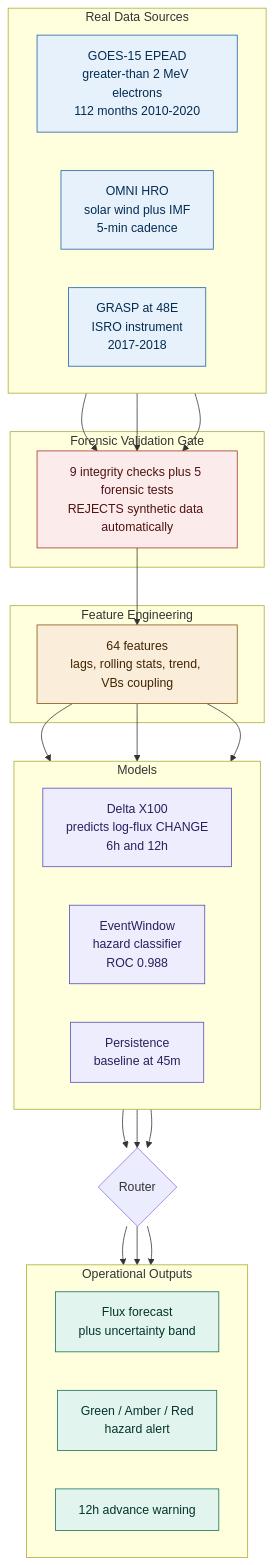
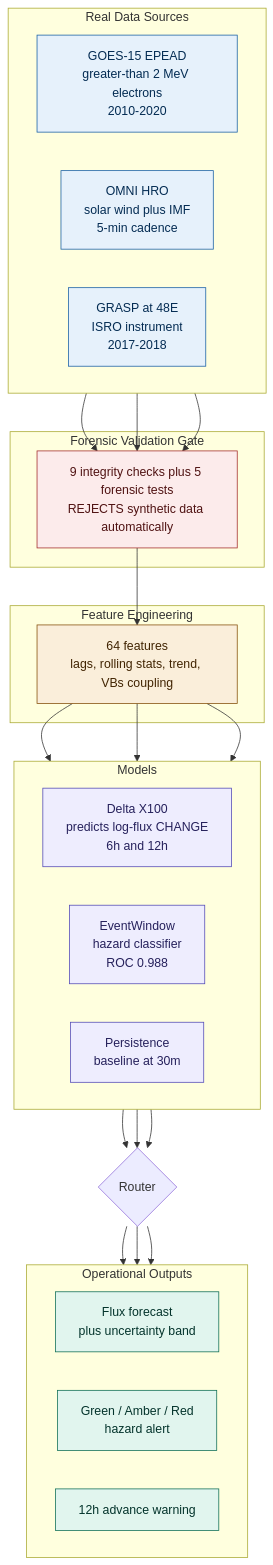
One commit to SHAURYASANYAL3/GEOshield changed the first of 5 diagrams in README.md. Above: the diagram before and after it, drawn with Mermaid. The commit also changed other lines of this file, not shown here.

````diff
--- a/README.md
+++ b/README.md
@@ -90,51 +92,51 @@
 ```mermaid
 flowchart TB
     subgraph SRC["Real Data Sources"]
         direction LR
-        G["GOES-15 EPEAD<br/>greater-than 2 MeV electrons<br/>112 months 2010-2020"]
+        G["GOES-15 EPEAD<br/>greater-than 2 MeV electrons<br/>2010-2020"]
         O["OMNI HRO<br/>solar wind plus IMF<br/>5-min cadence"]
         GR["GRASP at 48E<br/>ISRO instrument<br/>2017-2018"]
     end
     subgraph GATE["Forensic Validation Gate"]
         V["9 integrity checks plus 5 forensic tests<br/>REJECTS synthetic data automatically"]
     end
     subgraph FE["Feature Engineering"]
         F["64 features<br/>lags, rolling stats, trend, VBs coupling"]
     end
     subgraph MODEL["Models"]
         direction LR
         D["Delta X100<br/>predicts log-flux CHANGE<br/>6h and 12h"]
         E["EventWindow<br/>hazard classifier<br/>ROC 0.988"]
-        P["Persistence<br/>baseline at 45m"]
+        P["Persistence<br/>baseline at 30m"]
     end
     R{"Router"}
     subgraph OUT["Operational Outputs"]
         direction LR
         O1["Flux forecast<br/>plus uncertainty band"]
         O2["Green / Amber / Red<br/>hazard alert"]
         O3["12h advance warning"]
     end
     G --> V
     O --> V
     GR --> V
     V --> F
     F --> D
     F --> E
     F --> P
     D --> R
     E --> R
     P --> R
     R --> O1
     R --> O2
     R --> O3
     classDef src fill:#E6F1FB,stroke:#185FA5,color:#042C53
     classDef gate fill:#FCEBEB,stroke:#A32D2D,color:#501313
     classDef feat fill:#FAEEDA,stroke:#854F0B,color:#412402
     classDef model fill:#EEEDFE,stroke:#534AB7,color:#26215C
     classDef out fill:#E1F5EE,stroke:#0F6E56,color:#04342C
     class G,O,GR src
     class V gate
     class F feat
     class D,E,P model
     class O1,O2,O3 out
 ```
````
